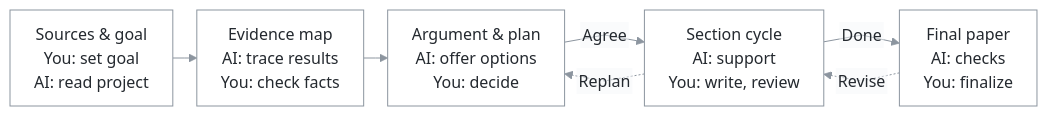
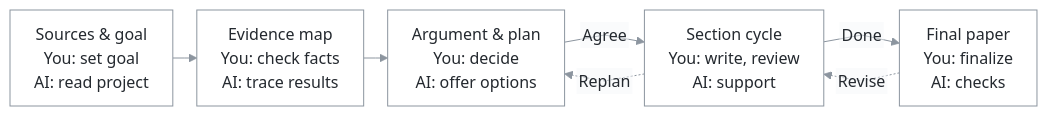
The diagram in README.md (SAFuDarren/paper-shaper), drawn with Mermaid before and after one commit. The commit also changed 3 other files, not shown here.

````diff
--- a/README.md
+++ b/README.md
@@ -17,37 +17,37 @@
 ```mermaid
 ---
 config:
   theme: base
   look: classic
   layout: dagre
   themeCSS: ".edgeLabel rect, .labelBkg { opacity: 1 !important; }"
   themeVariables:
     fontFamily: 'Arial, "PingFang SC", "Microsoft YaHei", "Noto Sans CJK SC", sans-serif'
     fontSize: 16px
     primaryColor: '#ffffff'
     primaryTextColor: '#24292f'
     primaryBorderColor: '#8c959f'
     lineColor: '#8c959f'
     textColor: '#24292f'
     edgeLabelBackground: '#f6f8fa'
   flowchart:
     htmlLabels: false
     nodeSpacing: 24
     rankSpacing: 24
     padding: 12
     wrappingWidth: 180
     curve: linear
 ---
 flowchart LR
     A["Sources & goal<br/>You: set goal<br/>AI: read project"]
-    B["Evidence map<br/>AI: trace results<br/>You: check facts"]
-    C["Argument & plan<br/>AI: offer options<br/>You: decide"]
-    D["Section cycle<br/>AI: support<br/>You: write, review"]
-    E["Final paper<br/>AI: checks<br/>You: finalize"]
+    B["Evidence map<br/>You: check facts<br/>AI: trace results"]
+    C["Argument & plan<br/>You: decide<br/>AI: offer options"]
+    D["Section cycle<br/>You: write, review<br/>AI: support"]
+    E["Final paper<br/>You: finalize<br/>AI: checks"]
 
     A --> B --> C
     C -->|Agree| D
     D -->|Done| E
     D -.->|Replan| C
     E -.->|Revise| D
 ```
````
